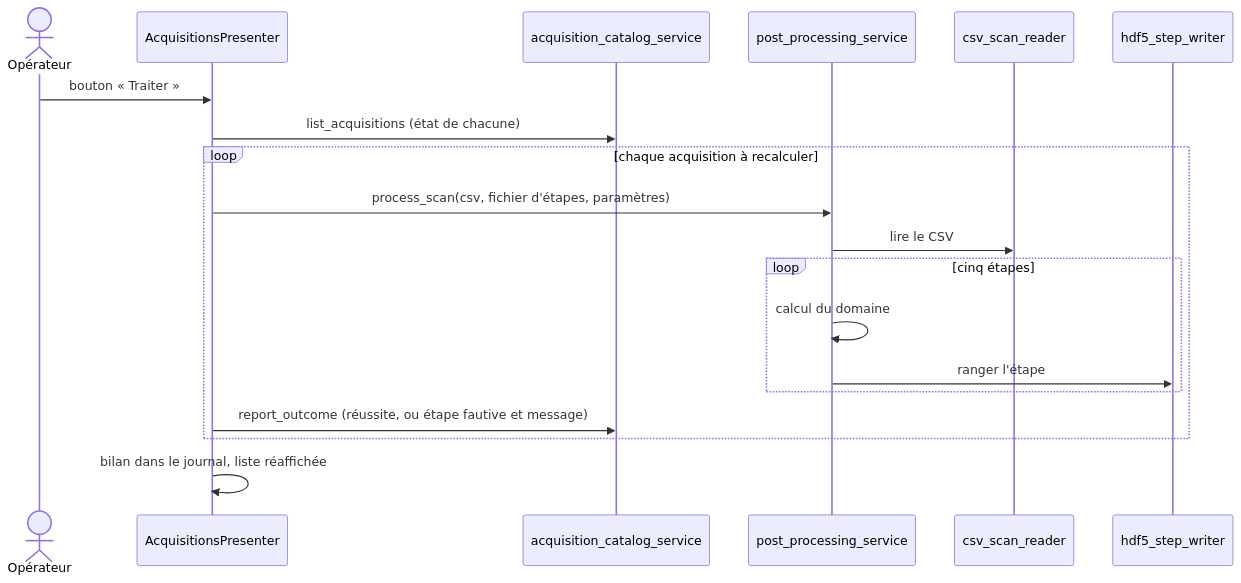
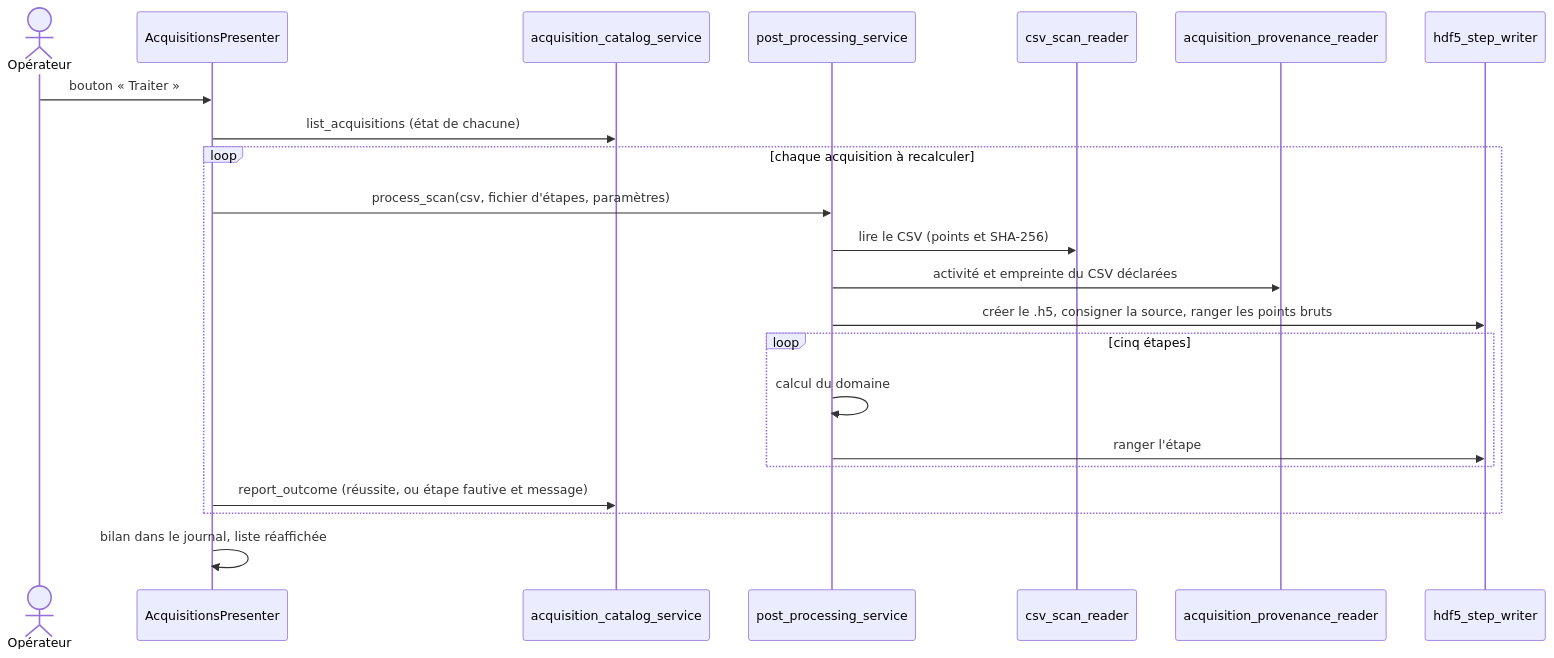
The second of 2 diagrams in external_modules/aefi_post_processor_module/Data Processing Architecture.md (Luciosmic/AEFI_Acquisition), drawn with Mermaid before and after one commit. The commit also changed other lines of this file and 11 other files, not shown here.

````diff
--- a/external_modules/aefi_post_processor_module/Data Processing Architecture.md
+++ b/external_modules/aefi_post_processor_module/Data Processing Architecture.md
@@ -56,21 +56,24 @@
 ```mermaid
 sequenceDiagram
     actor Opérateur
     participant P as AcquisitionsPresenter
     participant C as acquisition_catalog_service
     participant S as post_processing_service
     participant R as csv_scan_reader
+    participant A as acquisition_provenance_reader
     participant W as hdf5_step_writer
     Opérateur->>P: bouton « Traiter »
     P->>C: list_acquisitions (état de chacune)
     loop chaque acquisition à recalculer
         P->>S: process_scan(csv, fichier d'étapes, paramètres)
-        S->>R: lire le CSV
+        S->>R: lire le CSV (points et SHA-256)
+        S->>A: activité et empreinte du CSV déclarées
+        S->>W: créer le .h5, consigner la source, ranger les points bruts
         loop cinq étapes
             S->>S: calcul du domaine
             S->>W: ranger l'étape
         end
         P->>C: report_outcome (réussite, ou étape fautive et message)
     end
     P->>P: bilan dans le journal, liste réaffichée
 ```
````
